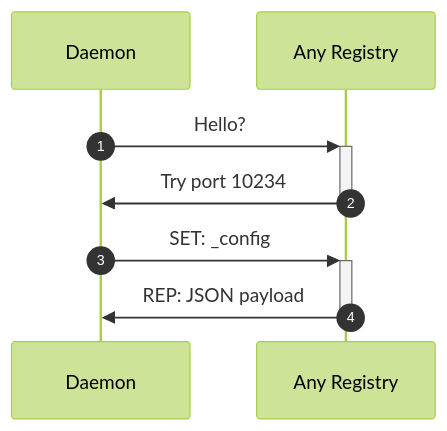
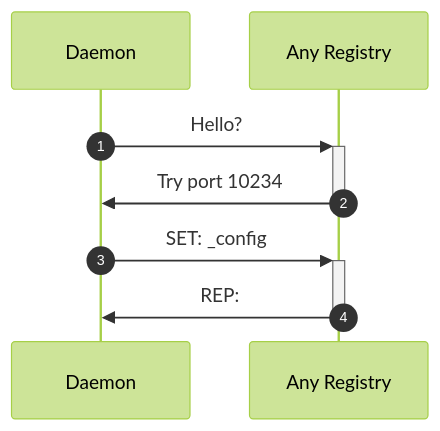
One commit to KeckObservatory/mKTL changed the diagram in doc/protocol_discover_daemon.mmd. Above: the diagram before and after it, drawn with Mermaid (forest theme).

Commit message:
There is no real JSON payload in response to the SET request.

```diff
--- a/doc/protocol_discover_daemon.mmd
+++ b/doc/protocol_discover_daemon.mmd
@@ -1,10 +1,10 @@
 sequenceDiagram
     autonumber
     Participant Daemon
     Participant Registry as Any Registry
 
     Daemon->>+Registry: Hello?
     Registry->>-Daemon: Try port 10234
 
     Daemon->>+Registry: SET: _config
-    Registry->>-Daemon: REP: JSON payload
+    Registry->>-Daemon: REP:
```
